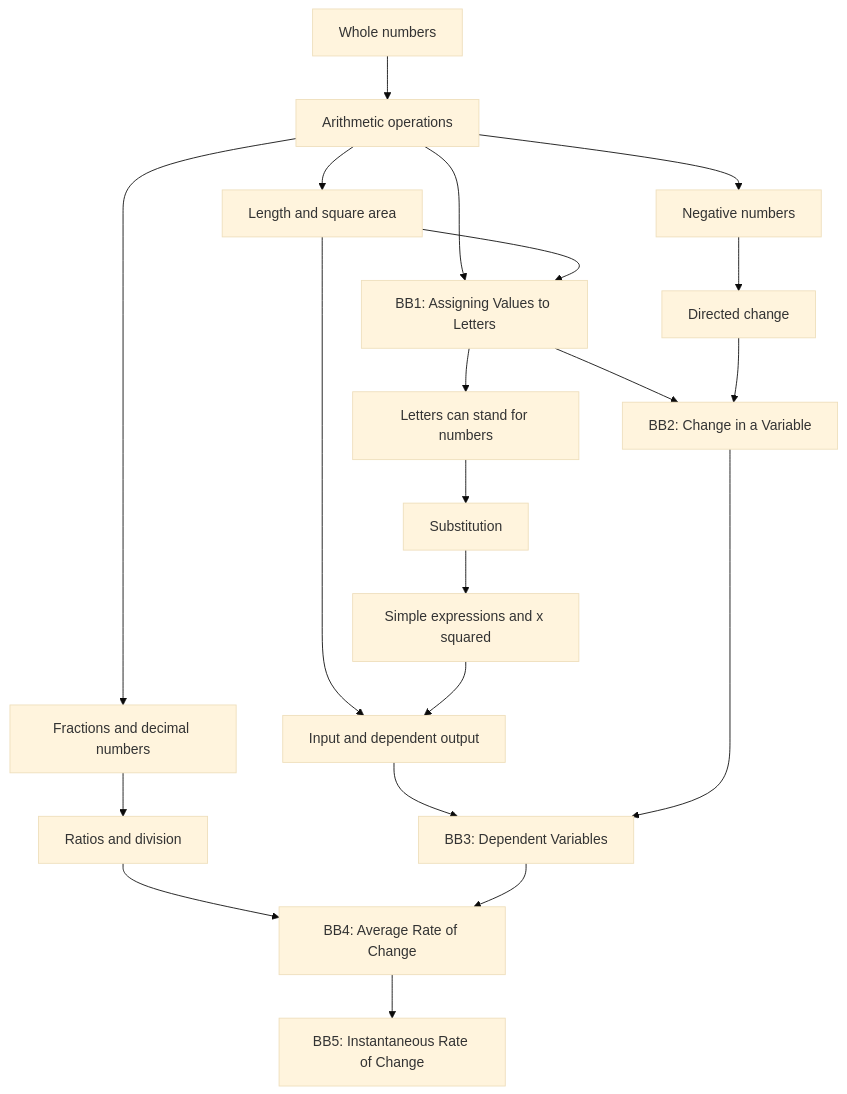
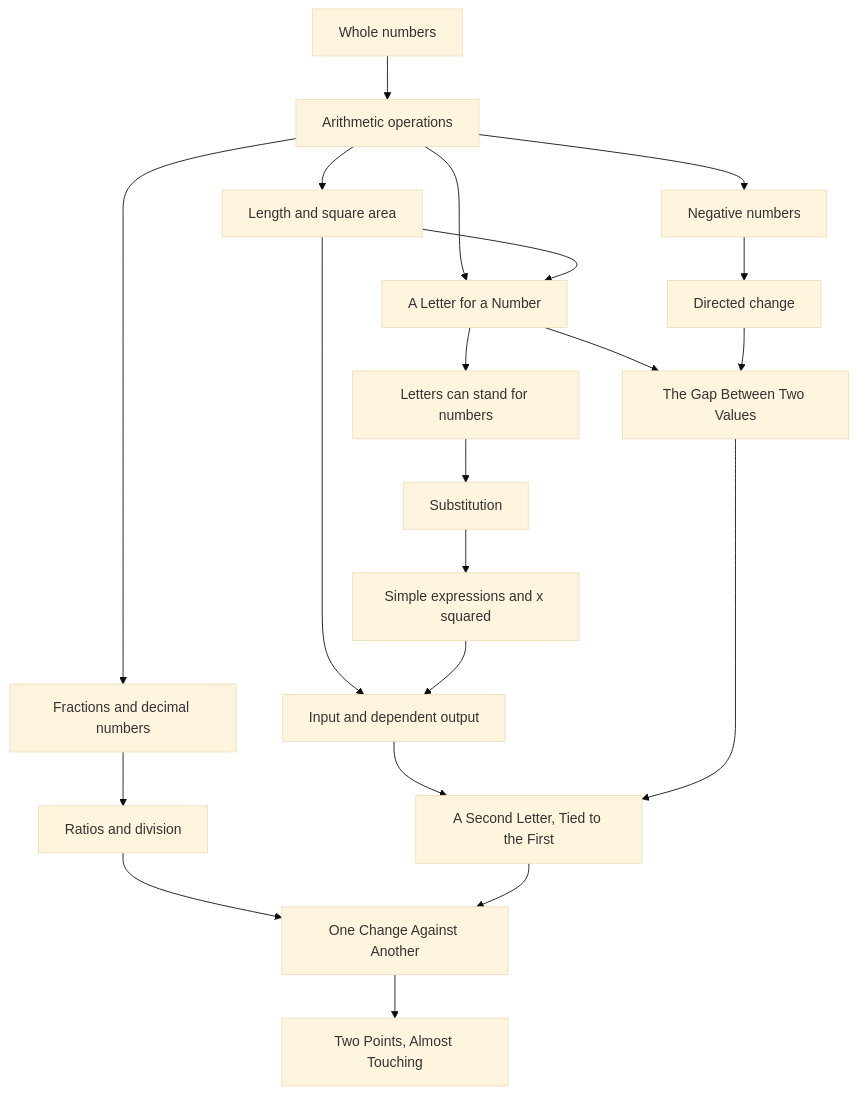
Before and after one commit to alisid0/QUBIX_UNI-: the diagram in curriculum/01-PREREQUISITE-MAP.md, drawn with Mermaid (base theme). The commit also changed other lines of this file and 19 other files, not shown here.

````diff
--- a/curriculum/01-PREREQUISITE-MAP.md
+++ b/curriculum/01-PREREQUISITE-MAP.md
@@ -9,23 +9,23 @@
 ```mermaid
 flowchart TD
   N0[Whole numbers] --> N1[Arithmetic operations]
   N1 --> N2[Negative numbers]
   N1 --> N3[Fractions and decimal numbers]
   N1 --> G0[Length and square area]
-  N1 --> B1["BB1: Assigning Values to Letters"]
+  N1 --> B1["A Letter for a Number"]
   G0 --> B1
   B1 --> A0[Letters can stand for numbers]
   B1 --> B2
   A0 --> A1[Substitution]
   A1 --> A2[Simple expressions and x squared]
   N2 --> C0[Directed change]
   N3 --> R0[Ratios and division]
   G0 --> F0[Input and dependent output]
   A2 --> F0
-  C0 --> B2[BB2: Change in a Variable]
-  F0 --> B3[BB3: Dependent Variables]
-  R0 --> B4[BB4: Average Rate of Change]
+  C0 --> B2["The Gap Between Two Values"]
+  F0 --> B3["A Second Letter, Tied to the First"]
+  R0 --> B4["One Change Against Another"]
   B2 --> B3
   B3 --> B4
-  B4 --> B5[BB5: Instantaneous Rate of Change]
+  B4 --> B5["Two Points, Almost Touching"]
 ```
````
